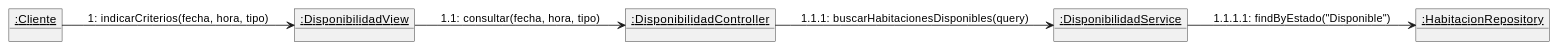
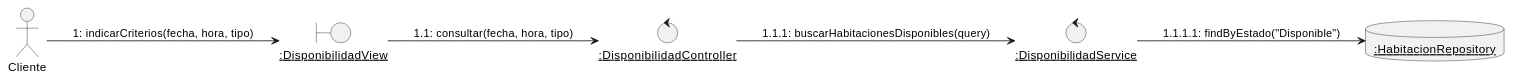
The fourth of 36 diagrams in RefactorV4.md (Tsmrain/GestionSistemas), drawn with PlantUML before and after one commit. The commit also changed other lines of this file, not shown here.

Commit message:
refactor: standardize plantuml diagrams using boundary, control, entity, and database stereotypes

````diff
--- a/RefactorV4.md
+++ b/RefactorV4.md
@@ -439,15 +439,15 @@
 ```plantuml
 @startuml
 left to right direction
-object "<u>:Cliente</u>" as Cliente
-object "<u>:DisponibilidadView</u>" as View
-object "<u>:DisponibilidadController</u>" as Ctrl
-object "<u>:DisponibilidadService</u>" as Serv
-object "<u>:HabitacionRepository</u>" as Repo
+actor Cliente
+boundary "<u>:DisponibilidadView</u>" as View
+control "<u>:DisponibilidadController</u>" as Ctrl
+control "<u>:DisponibilidadService</u>" as Serv
+database "<u>:HabitacionRepository</u>" as Repo
 
 Cliente --> View : 1: indicarCriterios(fecha, hora, tipo)
 View --> Ctrl : 1.1: consultar(fecha, hora, tipo)
 Ctrl --> Serv : 1.1.1: buscarHabitacionesDisponibles(query)
 Serv --> Repo : 1.1.1.1: findByEstado("Disponible")
 @enduml
 ```
````
